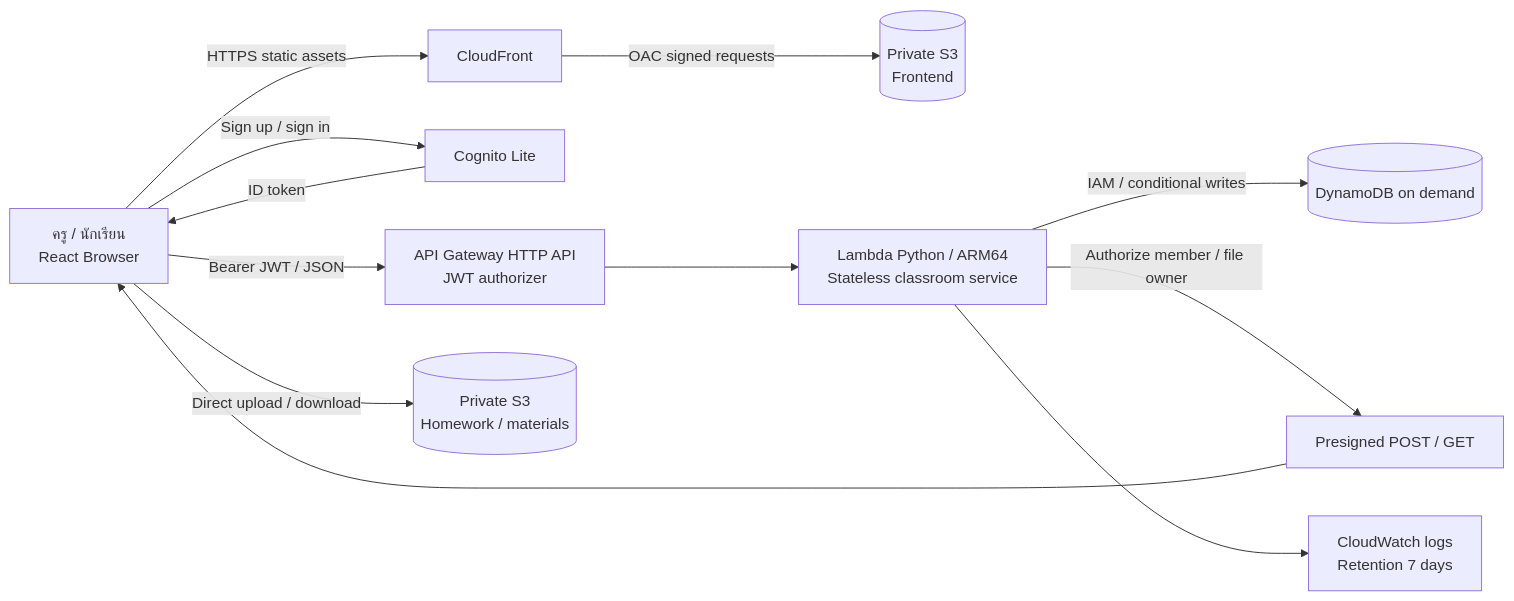
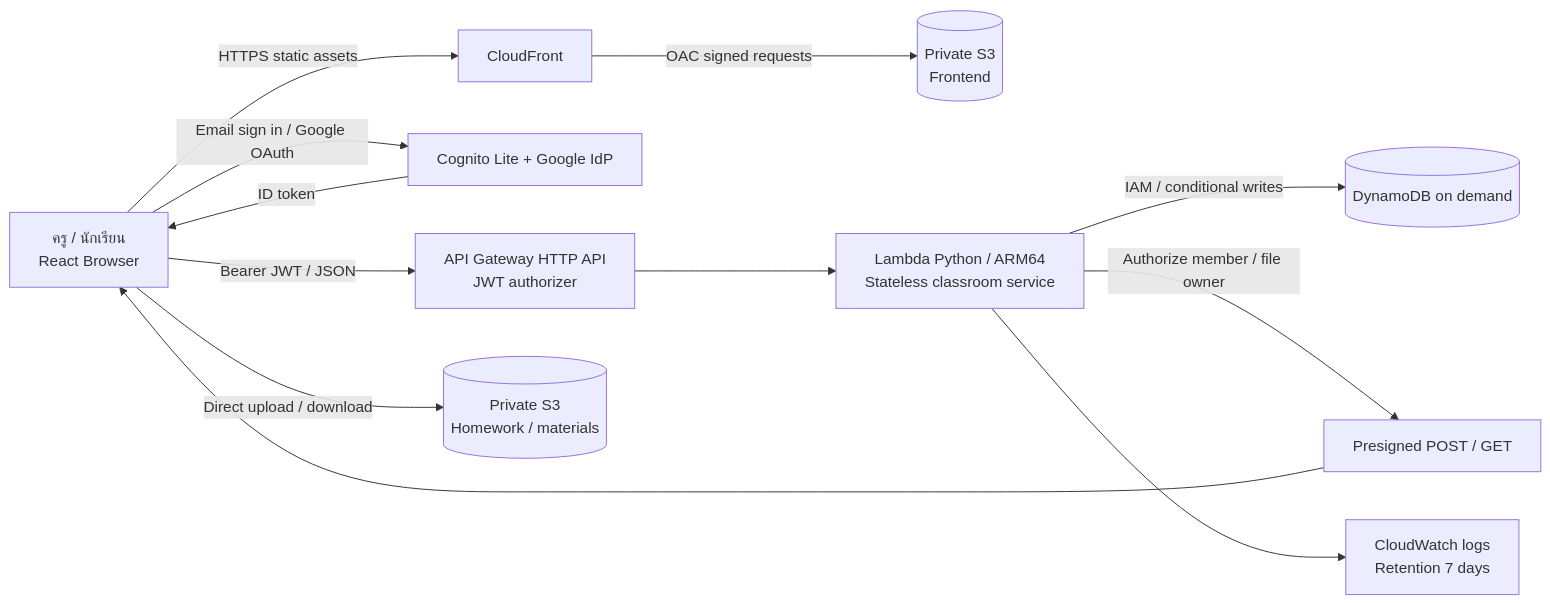
One commit to SAWAPA/Classflow changed the diagram in docs/architecture.md. Above: the diagram before and after it, drawn with Mermaid. The commit also changed 9 other files, not shown here.

Commit message:
Configure Google OAuth with Cognito

````diff
--- a/docs/architecture.md
+++ b/docs/architecture.md
@@ -5,14 +5,14 @@
 ```mermaid
 flowchart LR
   U[ครู / นักเรียน<br/>React Browser] -->|HTTPS static assets| CF[CloudFront]
   CF -->|OAC signed requests| WEB[(Private S3<br/>Frontend)]
-  U -->|Sign up / sign in| AUTH[Cognito Lite]
+  U -->|Email sign in / Google OAuth| AUTH[Cognito Lite + Google IdP]
   AUTH -->|ID token| U
   U -->|Bearer JWT / JSON| API[API Gateway HTTP API<br/>JWT authorizer]
   API --> L[Lambda Python / ARM64<br/>Stateless classroom service]
   L -->|IAM / conditional writes| DB[(DynamoDB on demand)]
   L -->|Authorize member / file owner| PS[Presigned POST / GET]
   PS --> U
   U -->|Direct upload / download| FILE[(Private S3<br/>Homework / materials)]
   L --> LOG[CloudWatch logs<br/>Retention 7 days]
 ```
````
